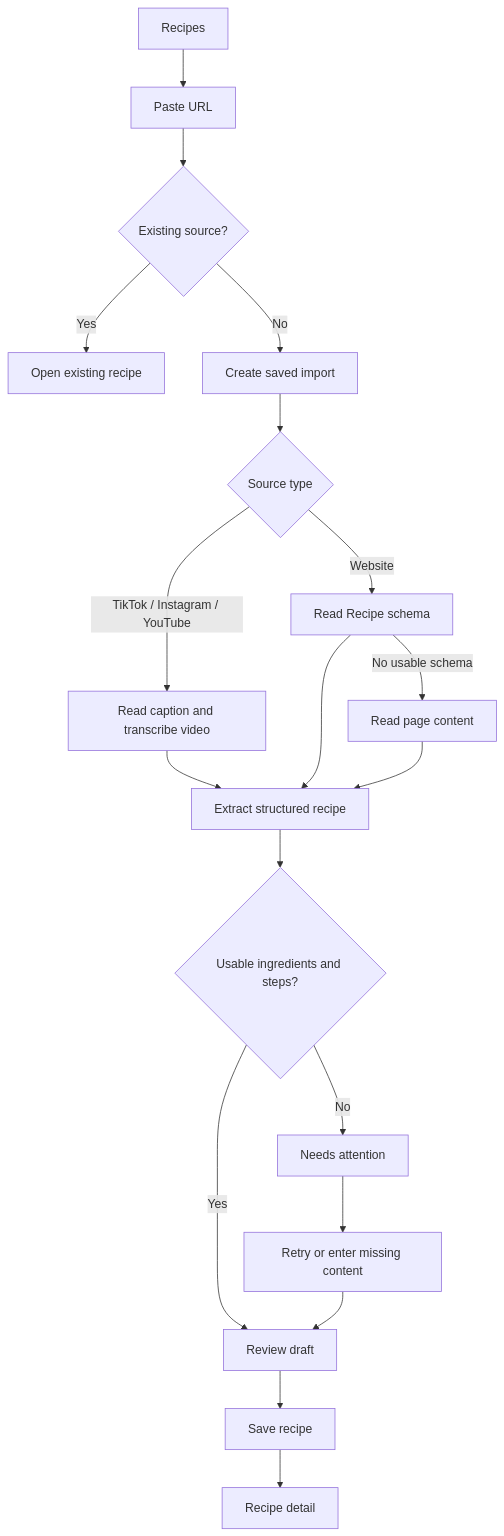
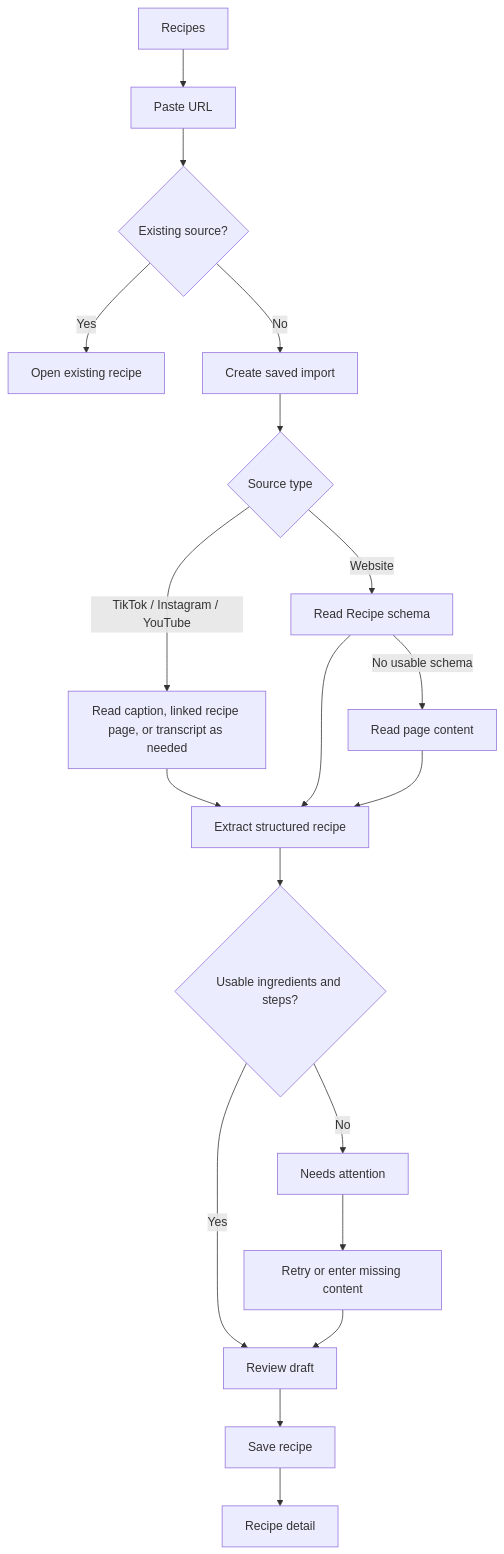
One commit to buildwithfur/bluetape changed the diagram in docs/plans/2026-07-22-recipe-import-uiux-plan.md. Above: the diagram before and after it, drawn with Mermaid. The commit also changed other lines of this file and 6 other files, not shown here.

First line of the commit message:
feat(recipes): follow linked recipe pages from social captions

````diff
--- a/docs/plans/2026-07-22-recipe-import-uiux-plan.md
+++ b/docs/plans/2026-07-22-recipe-import-uiux-plan.md
@@ -91,21 +91,21 @@
 ```mermaid
 flowchart TD
     A["Recipes"] --> B["Paste URL"]
     B --> C{"Existing source?"}
     C -->|Yes| D["Open existing recipe"]
     C -->|No| E["Create saved import"]
     E --> F{"Source type"}
-    F -->|TikTok / Instagram / YouTube| G["Read caption and transcribe video"]
+    F -->|TikTok / Instagram / YouTube| G["Read caption, linked recipe page, or transcript as needed"]
     F -->|Website| H["Read Recipe schema"]
     H -->|No usable schema| I["Read page content"]
     G --> J["Extract structured recipe"]
     H --> J
     I --> J
     J --> K{"Usable ingredients and steps?"}
     K -->|Yes| L["Review draft"]
     K -->|No| M["Needs attention"]
     L --> N["Save recipe"]
     M --> O["Retry or enter missing content"]
     O --> L
     N --> P["Recipe detail"]
 ```
````
